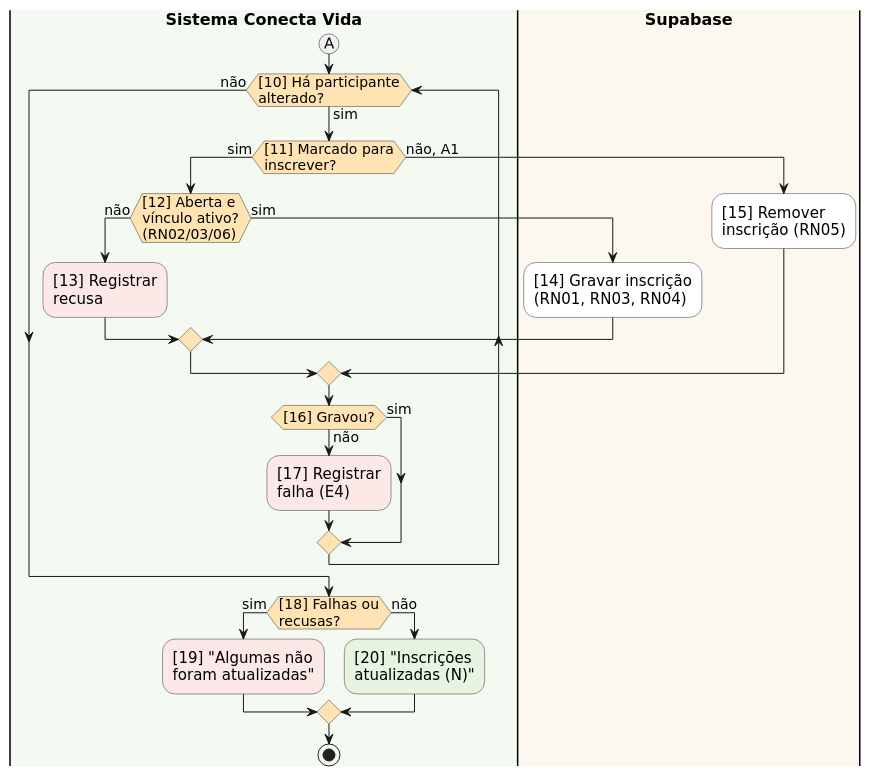
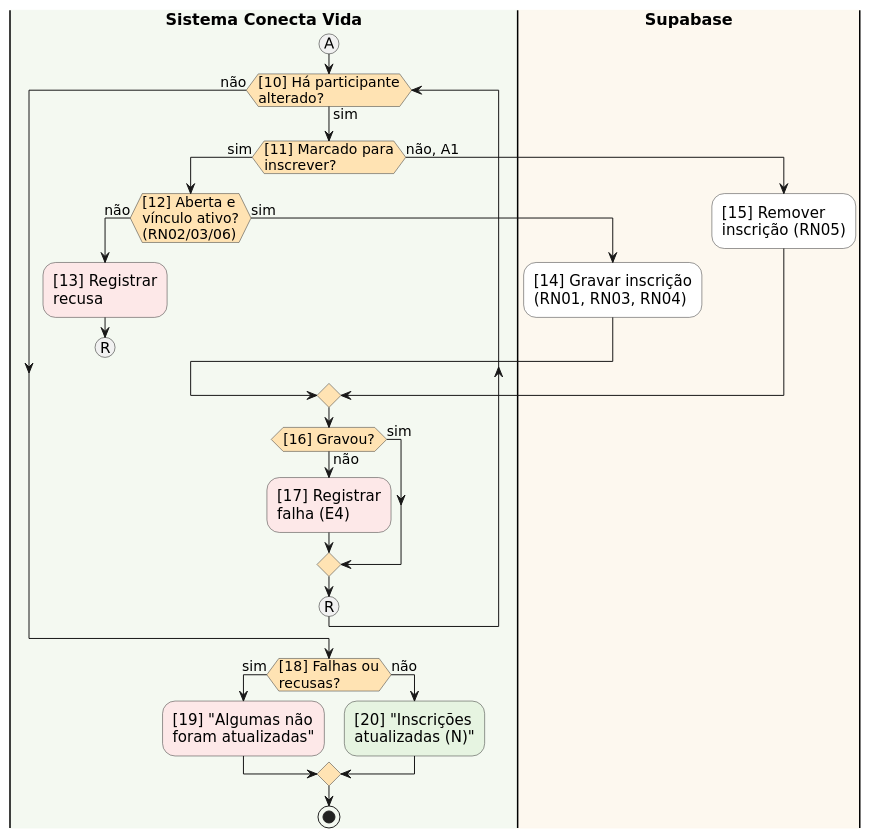
The diagram in qualidade/diagramas/ex04_atividades_parte2.puml (Conecta-Vida/Conecta-Vida-Mobile), drawn with PlantUML before and after one commit. The commit also changed 3 other files, not shown here.

```diff
--- a/qualidade/diagramas/ex04_atividades_parte2.puml
+++ b/qualidade/diagramas/ex04_atividades_parte2.puml
@@ -1,43 +1,46 @@
 @startuml ex04_atividades_uml_parte2
 ' Exercício 4 (parte 2) - Diagrama de Atividades (UML) com raias - UC03 Inscrever-se em campanha.
 ' Os números [n] são os nós do Grafo de Fluxo de Controle (Figura 4).
 skinparam defaultFontName DejaVu Sans
 skinparam defaultFontSize 15
 skinparam ActivityBackgroundColor #FFFFFF
 skinparam ActivityBorderColor #333333
 skinparam ActivityDiamondBackgroundColor #FFE3B3
 skinparam ActivityDiamondFontSize 14
 skinparam ArrowFontSize 14
 skinparam SwimlaneTitleFontStyle bold
 skinparam SwimlaneTitleFontSize 16
 
 |#F4F9F1|Sistema Conecta Vida|
 |#FDF8EF|Supabase|
 |Sistema Conecta Vida|
 (A)
 while ([10] Há participante\nalterado?) is (sim)
   if ([11] Marcado para\ninscrever?) then (sim)
     if ([12] Aberta e\nvínculo ativo?\n(RN02/03/06)) then (não)
       #FDE8E8:[13] Registrar\nrecusa;
+      (R)
+      detach
     else (sim)
       |Supabase|
       :[14] Gravar inscrição\n(RN01, RN03, RN04);
       |Sistema Conecta Vida|
     endif
   else (não, A1)
     |Supabase|
     :[15] Remover\ninscrição (RN05);
     |Sistema Conecta Vida|
   endif
   if ([16] Gravou?) then (não)
     #FDE8E8:[17] Registrar\nfalha (E4);
   else (sim)
   endif
+  (R)
 endwhile (não)
 if ([18] Falhas ou\nrecusas?) then (sim)
   #FDE8E8:[19] "Algumas não\nforam atualizadas";
 else (não)
   #E6F4E1:[20] "Inscrições\natualizadas (N)";
 endif
 stop
 @enduml
```
